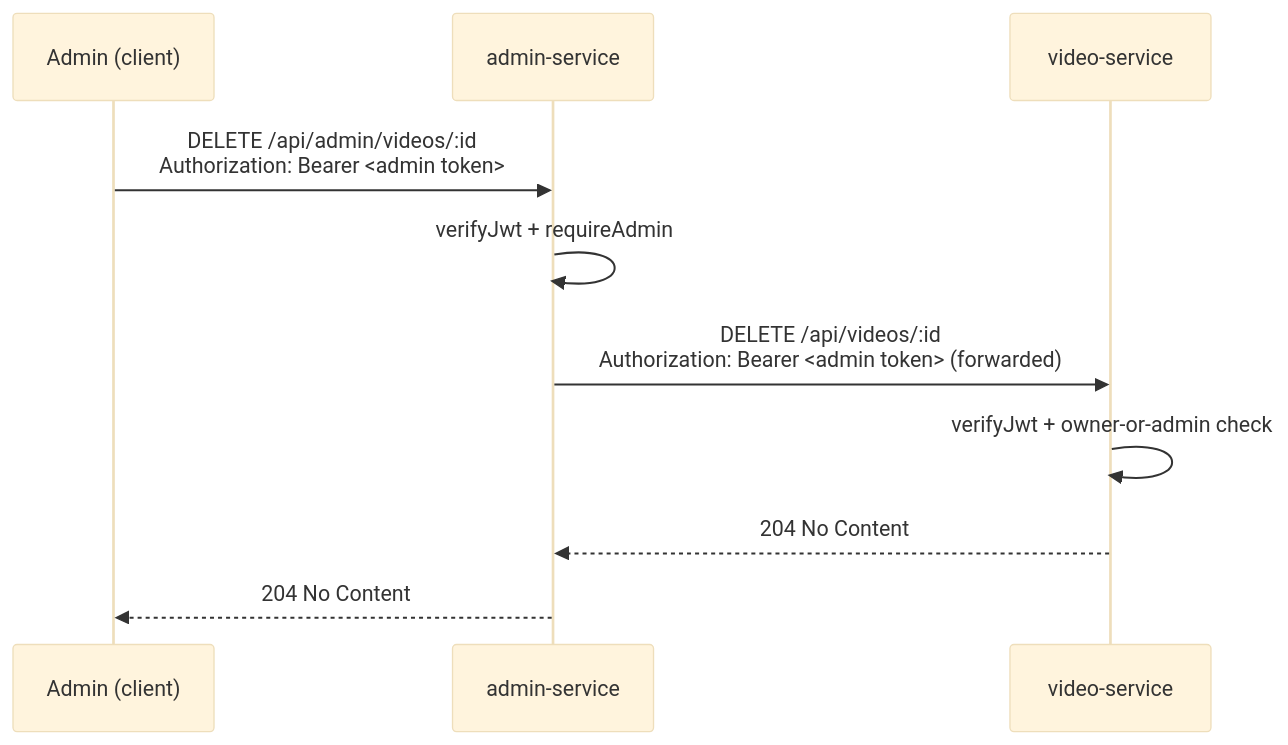
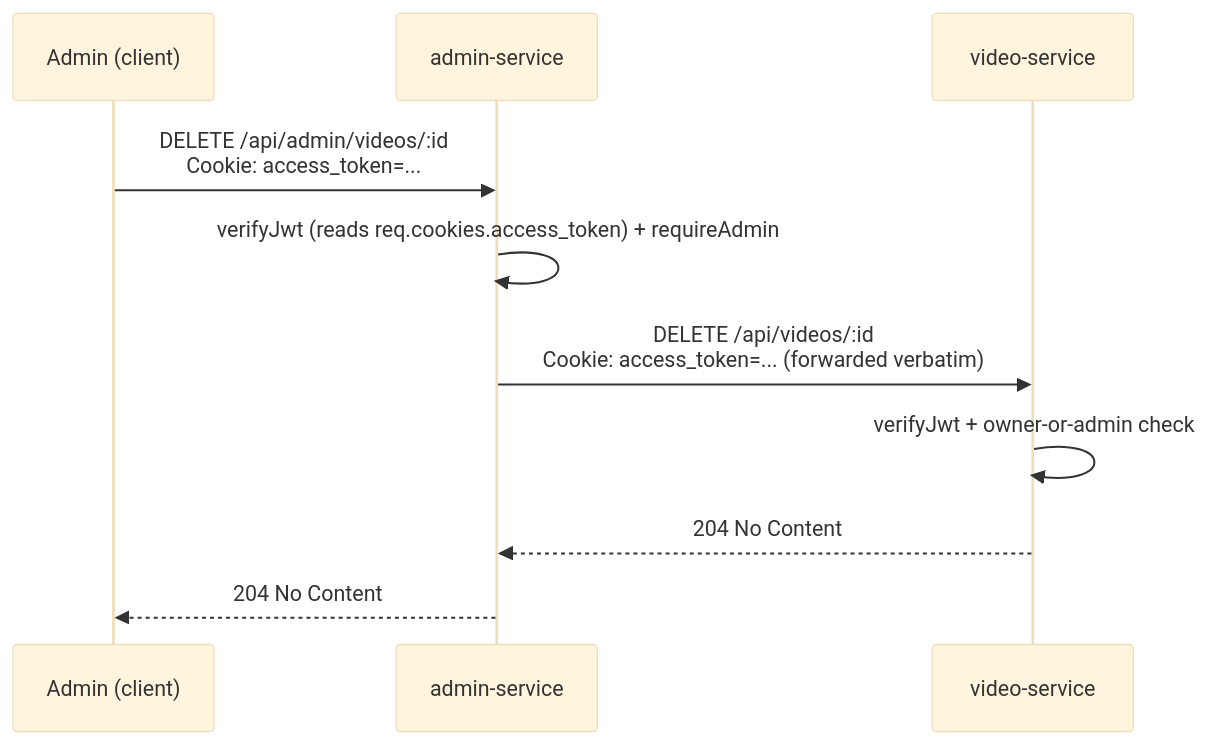
The second of 3 diagrams in docs/flowdiagram/interservice-communication.md (dipakvidanidevitsystem-dot/mini-tube), drawn with Mermaid (base theme) before and after one commit. The commit also changed other lines of this file and 48 other files, not shown here.

````diff
--- a/docs/flowdiagram/interservice-communication.md
+++ b/docs/flowdiagram/interservice-communication.md
@@ -40,13 +40,13 @@
 ```mermaid
 sequenceDiagram
     participant C as Admin (client)
     participant A as admin-service
     participant Vid as video-service
 
-    C->>A: DELETE /api/admin/videos/:id<br/>Authorization: Bearer <admin token>
-    A->>A: verifyJwt + requireAdmin
-    A->>Vid: DELETE /api/videos/:id<br/>Authorization: Bearer <admin token> (forwarded)
+    C->>A: DELETE /api/admin/videos/:id<br/>Cookie: access_token=...
+    A->>A: verifyJwt (reads req.cookies.access_token) + requireAdmin
+    A->>Vid: DELETE /api/videos/:id<br/>Cookie: access_token=... (forwarded verbatim)
     Vid->>Vid: verifyJwt + owner-or-admin check
     Vid-->>A: 204 No Content
     A-->>C: 204 No Content
 ```
````
